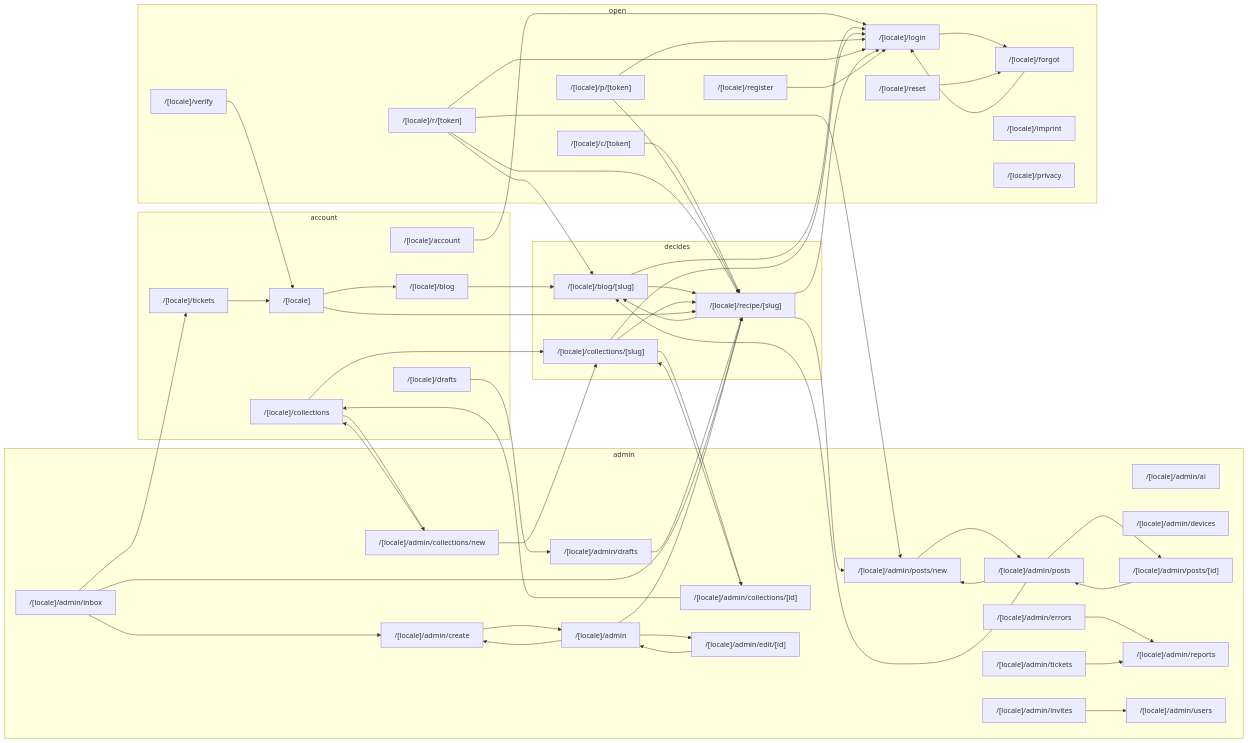
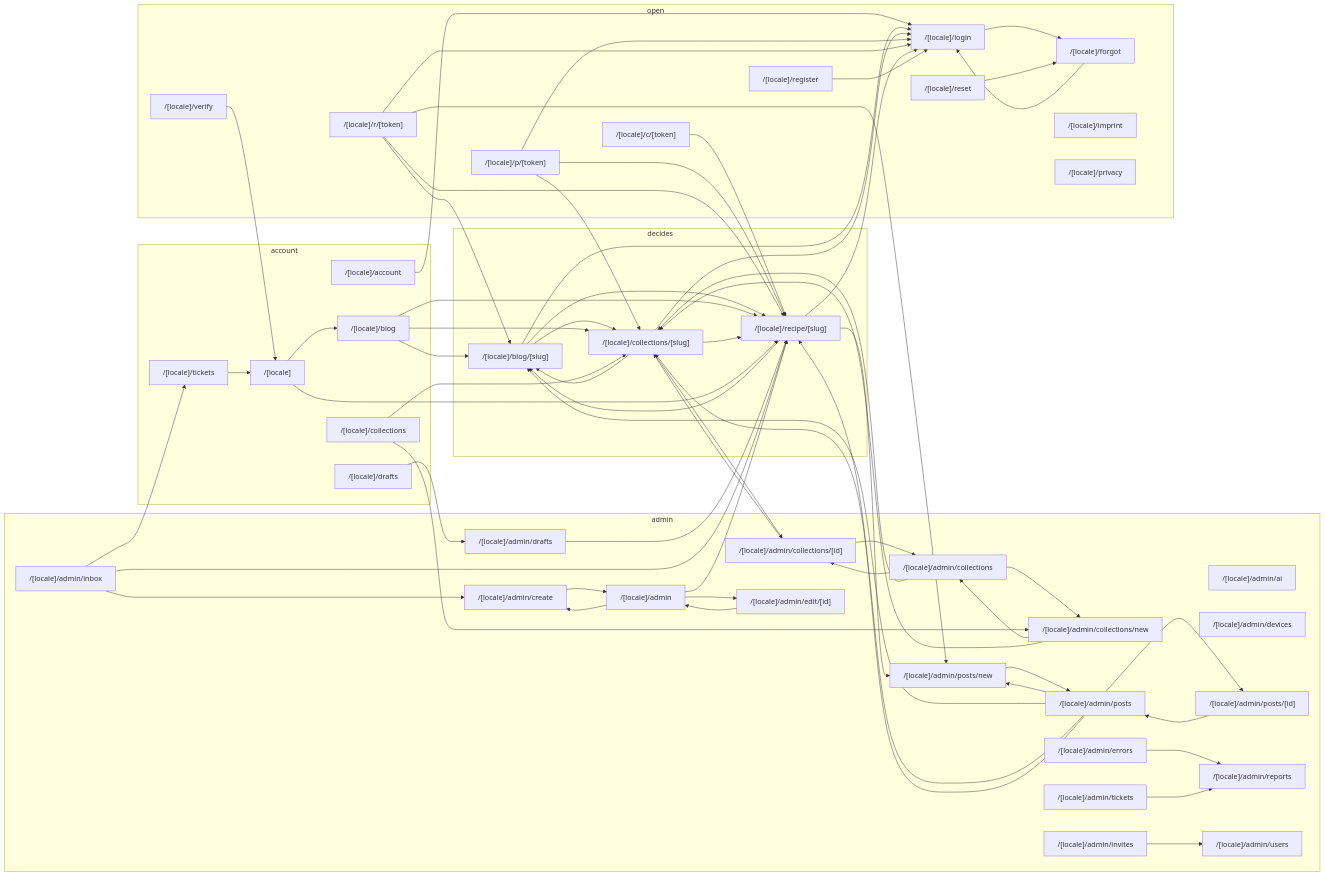
One commit to morischumacher/moscookbook changed the first of 2 diagrams in docs/interaction-map.generated.md. Above: the diagram before and after it, drawn with Mermaid. The commit also changed other lines of this file and 59 other files, not shown here.

```diff
--- a/docs/interaction-map.generated.md
+++ b/docs/interaction-map.generated.md
@@ -160,6 +162,7 @@
     n__locale__admin_ai["/[locale]/admin/ai"]
     n__locale__admin_collections__id_["/[locale]/admin/collections/[id]"]
     n__locale__admin_collections_new["/[locale]/admin/collections/new"]
+    n__locale__admin_collections["/[locale]/admin/collections"]
     n__locale__admin_create["/[locale]/admin/create"]
     n__locale__admin_devices["/[locale]/admin/devices"]
     n__locale__admin_drafts["/[locale]/admin/drafts"]
@@ -193,10 +196,13 @@
     n__locale__verify["/[locale]/verify"]
   end
   n__locale__account --> n__locale__login
-  n__locale__admin_collections__id_ --> n__locale__collections
+  n__locale__admin_collections__id_ --> n__locale__admin_collections
   n__locale__admin_collections__id_ --> n__locale__collections__slug_
-  n__locale__admin_collections_new --> n__locale__collections
+  n__locale__admin_collections_new --> n__locale__admin_collections
   n__locale__admin_collections_new --> n__locale__collections__slug_
+  n__locale__admin_collections --> n__locale__admin_collections__id_
+  n__locale__admin_collections --> n__locale__admin_collections_new
+  n__locale__admin_collections --> n__locale__collections__slug_
   n__locale__admin_create --> n__locale__admin
   n__locale__admin_drafts --> n__locale__recipe__slug_
   n__locale__admin_edit__id_ --> n__locale__admin
@@ -213,12 +219,18 @@
   n__locale__admin_posts --> n__locale__admin_posts__id_
   n__locale__admin_posts --> n__locale__admin_posts_new
   n__locale__admin_posts --> n__locale__blog__slug_
+  n__locale__admin_posts --> n__locale__collections__slug_
+  n__locale__admin_posts --> n__locale__recipe__slug_
   n__locale__admin_tickets --> n__locale__admin_reports
+  n__locale__blog__slug_ --> n__locale__collections__slug_
   n__locale__blog__slug_ --> n__locale__login
   n__locale__blog__slug_ --> n__locale__recipe__slug_
   n__locale__blog --> n__locale__blog__slug_
+  n__locale__blog --> n__locale__collections__slug_
+  n__locale__blog --> n__locale__recipe__slug_
   n__locale__c__token_ --> n__locale__recipe__slug_
   n__locale__collections__slug_ --> n__locale__admin_collections__id_
+  n__locale__collections__slug_ --> n__locale__blog__slug_
   n__locale__collections__slug_ --> n__locale__login
   n__locale__collections__slug_ --> n__locale__recipe__slug_
   n__locale__collections --> n__locale__admin_collections_new
@@ -226,6 +238,7 @@
   n__locale__drafts --> n__locale__admin_drafts
   n__locale__forgot --> n__locale__login
   n__locale__login --> n__locale__forgot
+  n__locale__p__token_ --> n__locale__collections__slug_
   n__locale__p__token_ --> n__locale__login
   n__locale__p__token_ --> n__locale__recipe__slug_
   n__locale_ --> n__locale__blog
```
